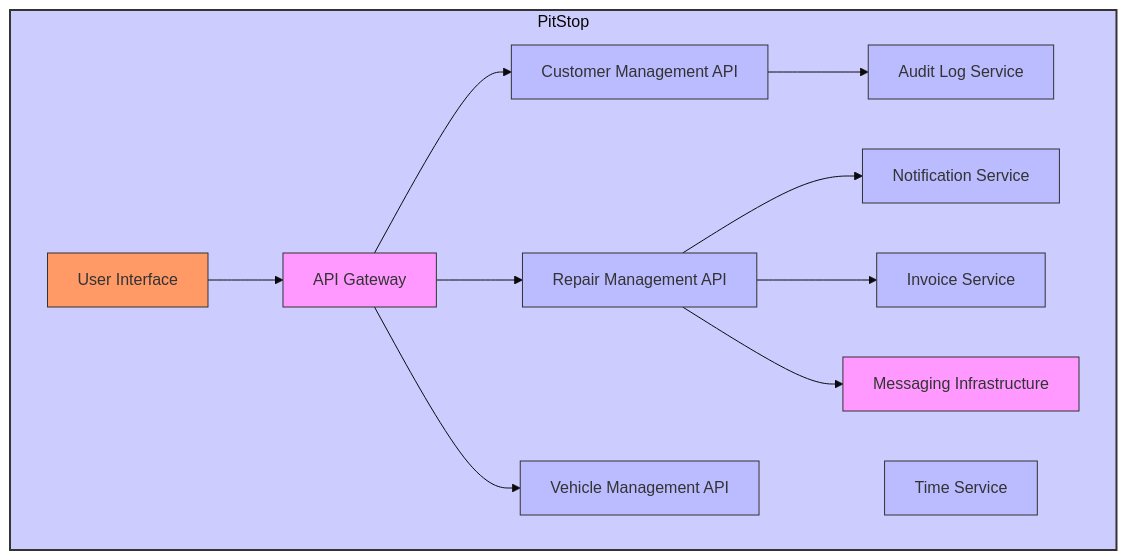
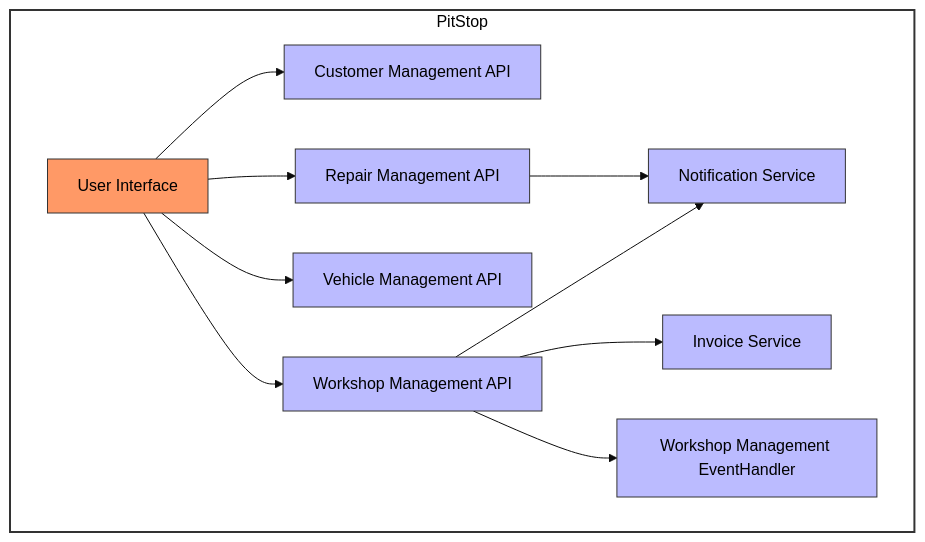
Before and after one commit to hanaim-devops/pitstop-team-luna: the second of 3 diagrams in src/pitstop-c4-model.md, drawn with Mermaid (base theme). The commit also changed other lines of this file, not shown here.

````diff
--- a/src/pitstop-c4-model.md
+++ b/src/pitstop-c4-model.md
@@ -18,36 +30,32 @@
 ```mermaid
 graph TD
     subgraph PitStop
-        APIGateway[API Gateway]
+        WebApp[User Interface]
         CustomerManagementAPI[Customer Management API]
         RepairManagementAPI[Repair Management API]
         VehicleManagementAPI[Vehicle Management API]
         NotificationService[Notification Service]
+        WorkshopManagementAPI[Workshop Management API]
         InvoiceService[Invoice Service]
-        AuditlogService[Audit Log Service]
-        TimeService[Time Service]
-        WebApp[User Interface]
-        InfrastructureMessaging[Messaging Infrastructure]
+        WorkshopManagementEventHandler[Workshop Management EventHandler]
 
-        APIGateway --> CustomerManagementAPI
-        APIGateway --> RepairManagementAPI
-        APIGateway --> VehicleManagementAPI
+        WebApp --> CustomerManagementAPI
+        WebApp --> RepairManagementAPI
+        WebApp --> VehicleManagementAPI
+        WebApp --> WorkshopManagementAPI
         RepairManagementAPI --> NotificationService
-        RepairManagementAPI --> InvoiceService
-        CustomerManagementAPI --> AuditlogService
-        WebApp --> APIGateway
-        RepairManagementAPI --> InfrastructureMessaging
+        WorkshopManagementAPI --> NotificationService
+        WorkshopManagementAPI --> InvoiceService
+        WorkshopManagementAPI --> WorkshopManagementEventHandler
     end
 
-    style PitStop fill:#ccf,stroke:#333,stroke-width:2px
-    style APIGateway fill:#f9f,stroke:#333,stroke-width:1px
-    style CustomerManagementAPI fill:#bbf,stroke:#333,stroke-width:1px
-    style RepairManagementAPI fill:#bbf,stroke:#333,stroke-width:1px
-    style VehicleManagementAPI fill:#bbf,stroke:#333,stroke-width:1px
-    style NotificationService fill:#bbf,stroke:#333,stroke-width:1px
-    style InvoiceService fill:#bbf,stroke:#333,stroke-width:1px
-    style AuditlogService fill:#bbf,stroke:#333,stroke-width:1px
-    style TimeService fill:#bbf,stroke:#333,stroke-width:1px
-    style WebApp fill:#f96,stroke:#333,stroke-width:1px
-    style InfrastructureMessaging fill:#f9f,stroke:#333,stroke-width:1px
+    style PitStop fill:#fff,stroke:#333,stroke-width:2px,color:#000000
+    style CustomerManagementAPI fill:#bbf,stroke:#333,stroke-width:1px,color:#000000
+    style RepairManagementAPI fill:#bbf,stroke:#333,stroke-width:1px,color:#000000
+    style VehicleManagementAPI fill:#bbf,stroke:#333,stroke-width:1px,color:#000000
+    style NotificationService fill:#bbf,stroke:#333,stroke-width:1px,color:#000000
+    style InvoiceService fill:#bbf,stroke:#333,stroke-width:1px,color:#000000
+    style WorkshopManagementAPI fill:#bbf,stroke:#333,stroke-width:1px,color:#000000
+    style WorkshopManagementEventHandler fill:#bbf,stroke:#333,stroke-width:1px,color:#000000
+    style WebApp fill:#f96,stroke:#333,stroke-width:1px,color:#000000
 ```
````
